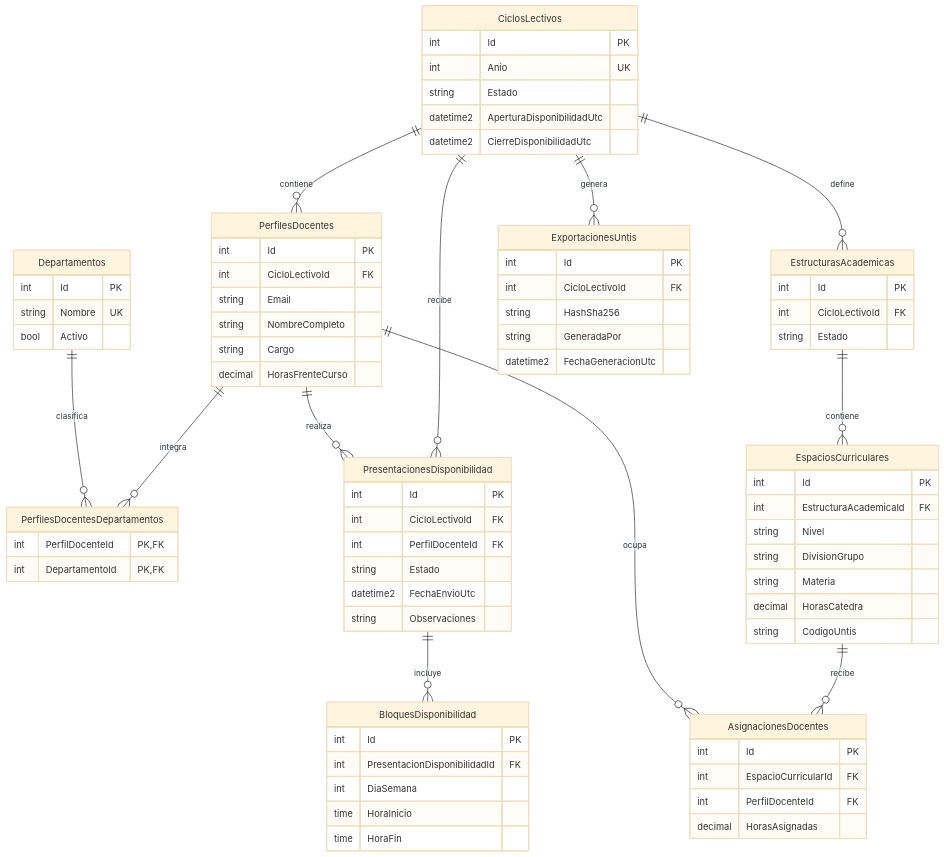
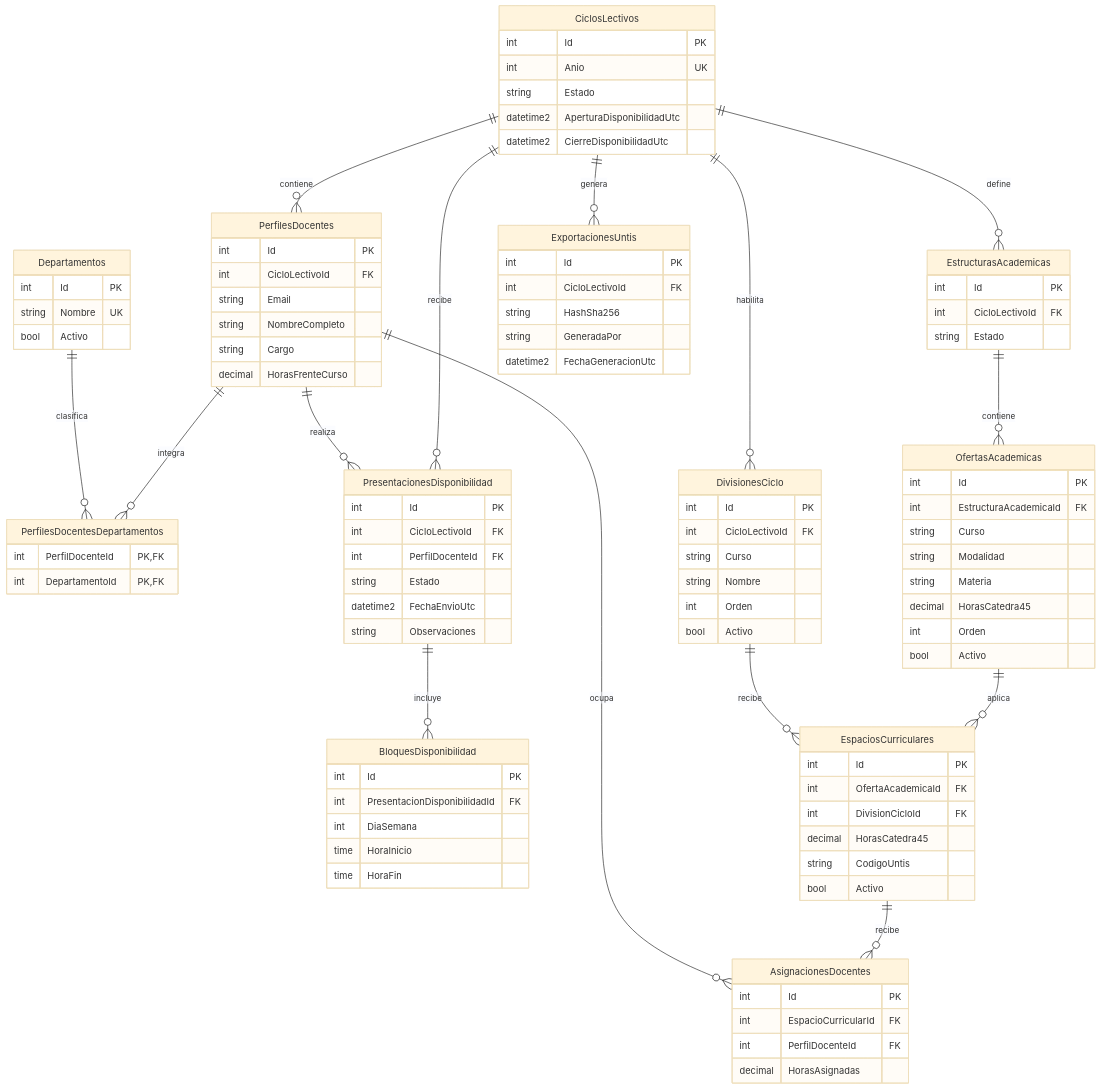
The diagram in docs/DER.md (servicios-goethe/asignacion-academica), drawn with Mermaid (base theme) before and after one commit. The commit also changed other lines of this file and 8 other files, not shown here.

```diff
--- a/docs/DER.md
+++ b/docs/DER.md
@@ -11,7 +11,10 @@
     PerfilesDocentes ||--o{ PresentacionesDisponibilidad : realiza
     PresentacionesDisponibilidad ||--o{ BloquesDisponibilidad : incluye
     CiclosLectivos ||--o{ EstructurasAcademicas : define
-    EstructurasAcademicas ||--o{ EspaciosCurriculares : contiene
+    CiclosLectivos ||--o{ DivisionesCiclo : habilita
+    EstructurasAcademicas ||--o{ OfertasAcademicas : contiene
+    OfertasAcademicas ||--o{ EspaciosCurriculares : aplica
+    DivisionesCiclo ||--o{ EspaciosCurriculares : recibe
     EspaciosCurriculares ||--o{ AsignacionesDocentes : recibe
     PerfilesDocentes ||--o{ AsignacionesDocentes : ocupa
     CiclosLectivos ||--o{ ExportacionesUntis : genera
@@ -60,14 +63,31 @@
       int CicloLectivoId FK
       string Estado
     }
+    DivisionesCiclo {
+      int Id PK
+      int CicloLectivoId FK
+      string Curso
+      string Nombre
+      int Orden
+      bool Activo
+    }
+    OfertasAcademicas {
+      int Id PK
+      int EstructuraAcademicaId FK
+      string Curso
+      string Modalidad
+      string Materia
+      decimal HorasCatedra45
+      int Orden
+      bool Activo
+    }
     EspaciosCurriculares {
       int Id PK
-      int EstructuraAcademicaId FK
-      string Nivel
-      string DivisionGrupo
-      string Materia
-      decimal HorasCatedra
+      int OfertaAcademicaId FK
+      int DivisionCicloId FK
+      decimal HorasCatedra45
       string CodigoUntis
+      bool Activo
     }
     AsignacionesDocentes {
       int Id PK
```
